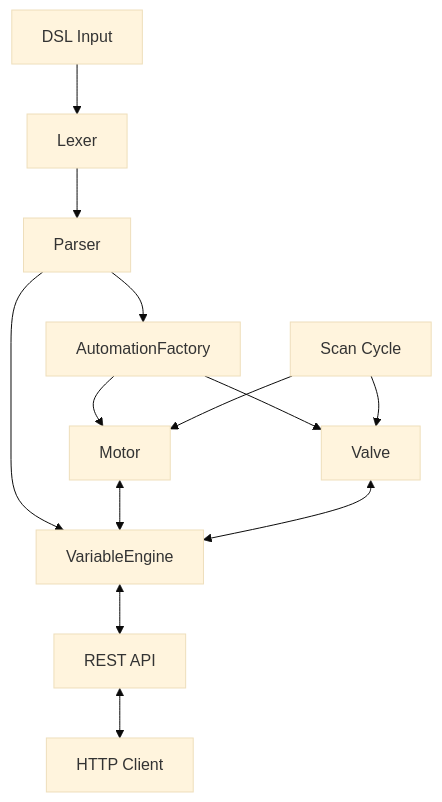
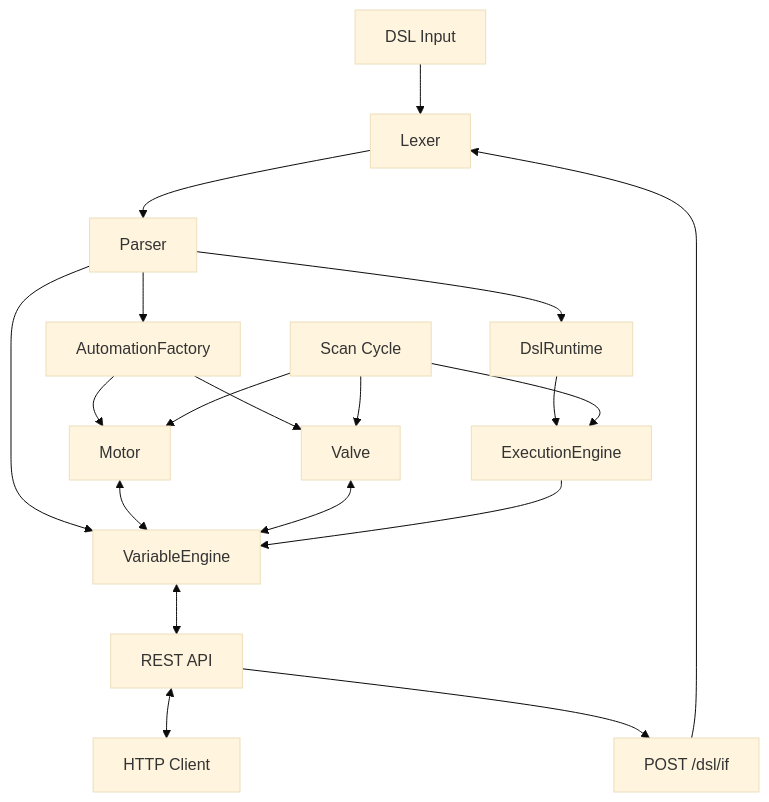
One commit to Gwynspring/axMini changed the diagram in README.md. Above: the diagram before and after it, drawn with Mermaid (base theme). The commit also changed other lines of this file, not shown here.

Commit message:
docs(readme): update architecture diagram with DslRuntime, ExecutionEngine and POST /dsl/if

````diff
--- a/README.md
+++ b/README.md
@@ -11,15 +12,21 @@
 ```mermaid
 graph TD
     DSL_Input[DSL Input] --> Lexer
     Lexer --> Parser
     Parser --> VariableEngine
+    Parser --> DslRuntime
+    DslRuntime --> ExecutionEngine
     Parser --> AutomationFactory
     AutomationFactory --> Motor
     AutomationFactory --> Valve
     Motor <--> VariableEngine
     Valve <--> VariableEngine
     VariableEngine <--> REST_API[REST API]
+    ExecutionEngine --> VariableEngine
     Scan_Cycle[Scan Cycle] --> Valve
     Scan_Cycle[Scan Cycle] --> Motor
+    Scan_Cycle[Scan Cycle] --> ExecutionEngine
     REST_API <--> HTTP_Client[HTTP Client]
+    REST_API --> POST_DSL[POST /dsl/if]
+    POST_DSL[POST /dsl/if] --> Lexer
 ```
````
